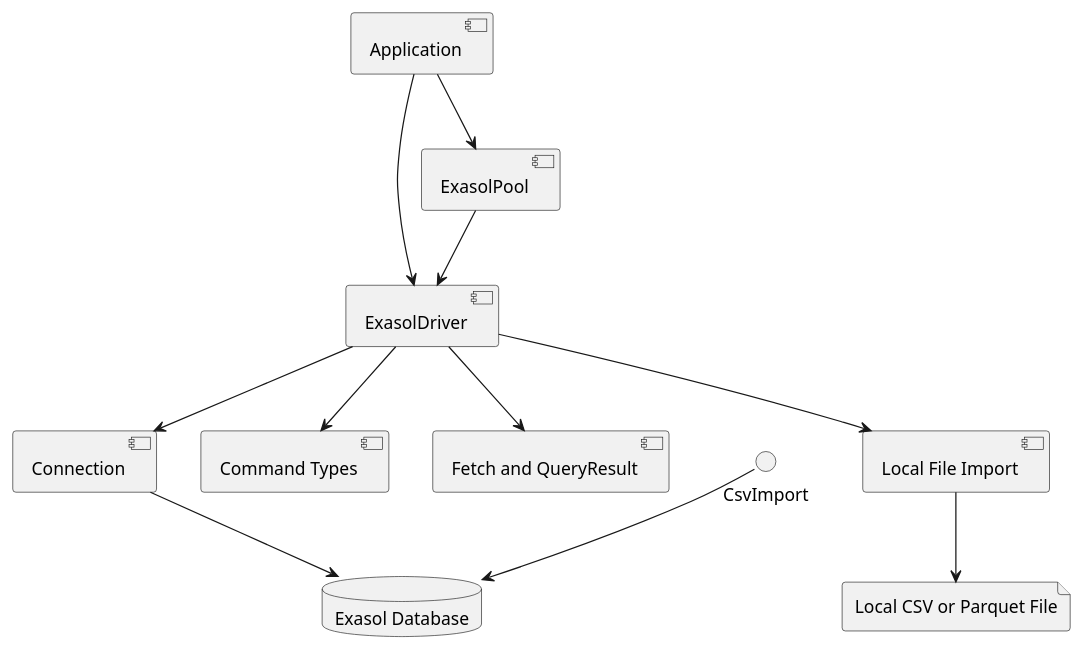
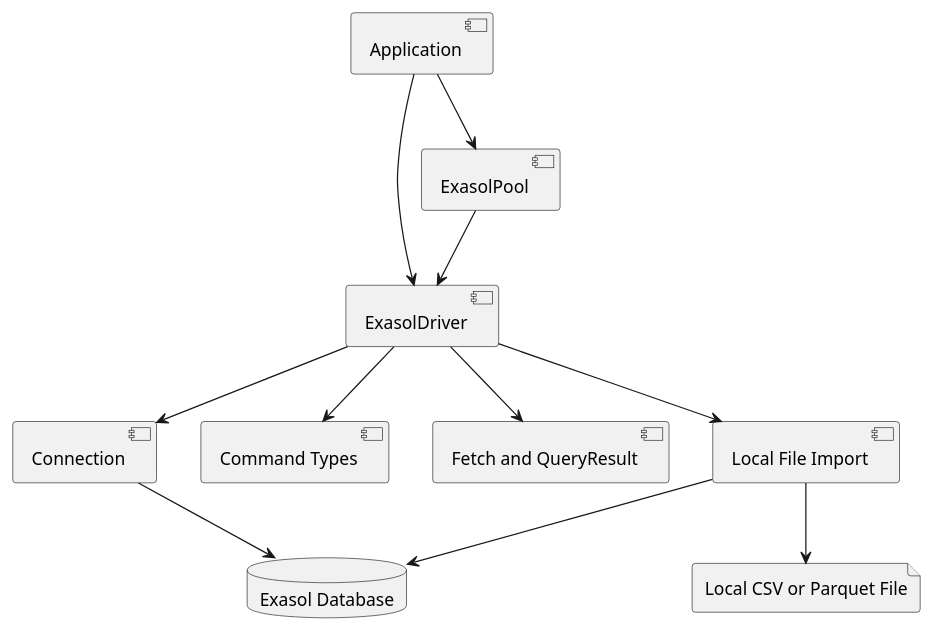
Before and after one commit to exasol/exasol-driver-ts: the diagram in doc/spec/design/building_block_view.md, drawn with PlantUML. The commit also changed other lines of this file and 3 other files, not shown here.

````diff
--- a/doc/spec/design/building_block_view.md
+++ b/doc/spec/design/building_block_view.md
@@ -7,24 +7,24 @@
 ```plantuml
 @startuml
 component "Application" as App
 component "ExasolDriver" as Driver
 component "Connection" as Connection
 component "Command Types" as Commands
 component "Fetch and QueryResult" as Results
 component "ExasolPool" as Pool
 component "Local File Import" as FileImport
 database "Exasol Database" as Exasol
 file "Local CSV or Parquet File" as LocalFile
 
 App --> Driver
 App --> Pool
 Pool --> Driver
 Driver --> Connection
 Driver --> Commands
 Driver --> Results
 Driver --> FileImport
 FileImport --> LocalFile
 Connection --> Exasol
-CsvImport --> Exasol
+FileImport --> Exasol
 @enduml
 ```
````
